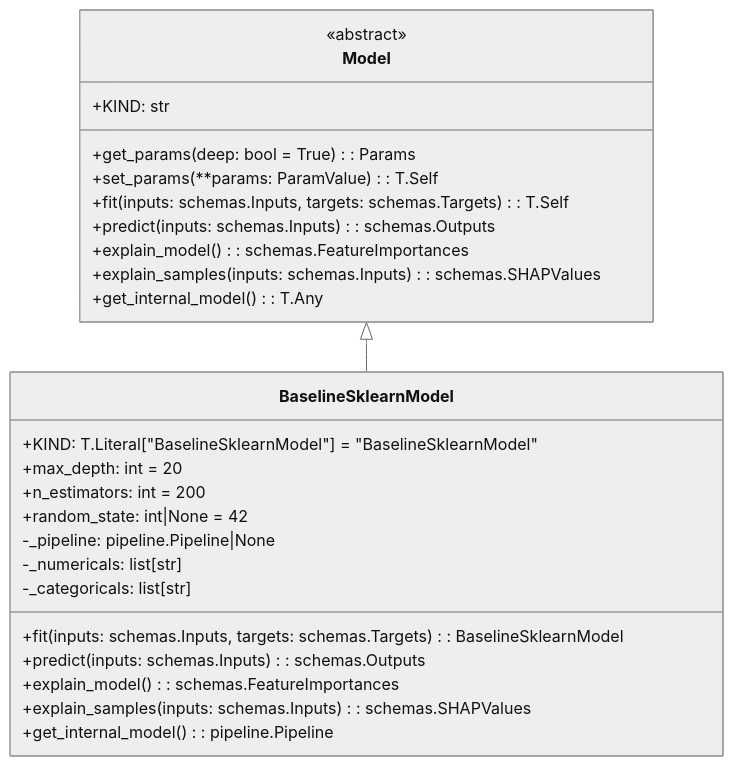
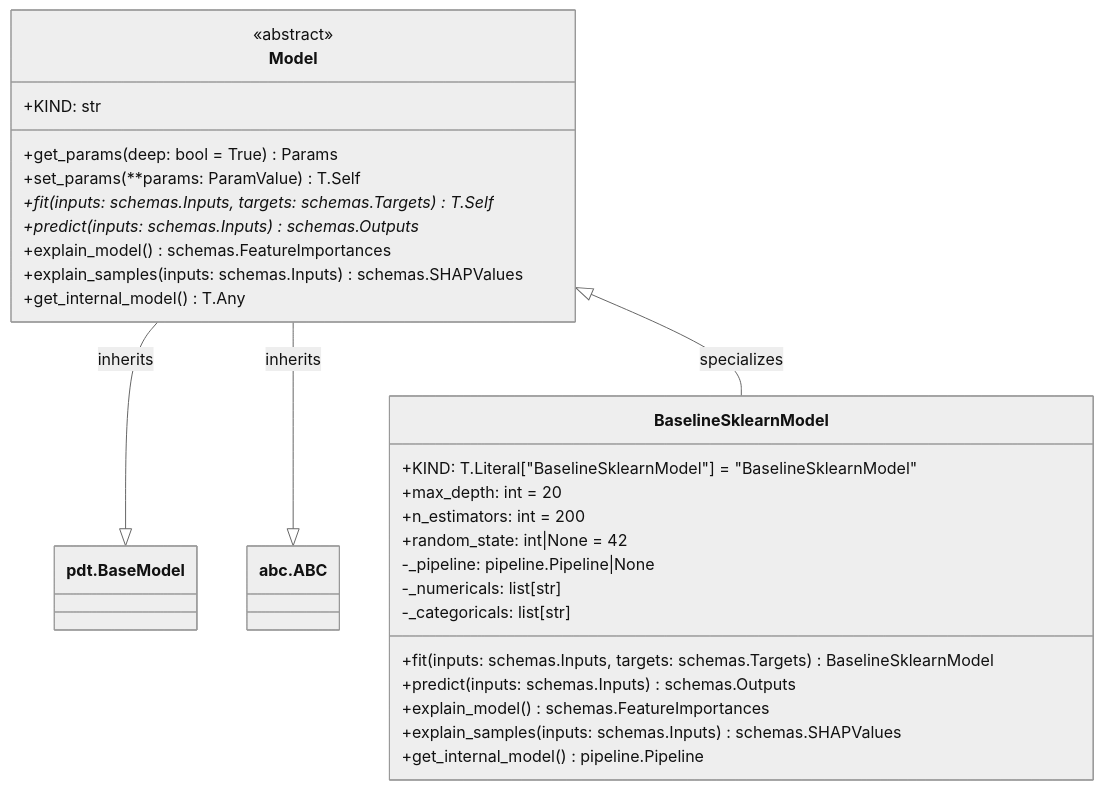
The diagram in Documents/Models_stories.md (lgcorzo/mlops-python-package), drawn with Mermaid (neutral theme) before and after one commit. The commit also changed 21 other files, not shown here.

````diff
--- a/Documents/Models_stories.md
+++ b/Documents/Models_stories.md
@@ -14,35 +14,34 @@
 ```mermaid
 classDiagram
     %% Abstract Base Class
     class Model {
         <<abstract>>
         +KIND: str
-        +get_params(deep: bool = True): Params
-        +set_params(**params: ParamValue): T.Self
-        +fit(inputs: schemas.Inputs, targets: schemas.Targets): T.Self
-        +predict(inputs: schemas.Inputs): schemas.Outputs
-        +explain_model(): schemas.FeatureImportances
-        +explain_samples(inputs: schemas.Inputs): schemas.SHAPValues
-        +get_internal_model(): T.Any
+        +get_params(deep: bool = True) Params
+        +set_params(**params: ParamValue) T.Self
+        +fit(inputs: schemas.Inputs, targets: schemas.Targets) T.Self*
+        +predict(inputs: schemas.Inputs) schemas.Outputs*
+        +explain_model() schemas.FeatureImportances
+        +explain_samples(inputs: schemas.Inputs) schemas.SHAPValues
+        +get_internal_model() T.Any
     }
+    Model --|> pdt.BaseModel : inherits
+    Model --|> abc.ABC : inherits
 
     %% Derived Class
     class BaselineSklearnModel {
         +KIND: T.Literal["BaselineSklearnModel"] = "BaselineSklearnModel"
         +max_depth: int = 20
         +n_estimators: int = 200
         +random_state: int|None = 42
         -_pipeline: pipeline.Pipeline|None
         -_numericals: list[str]
         -_categoricals: list[str]
-        +fit(inputs: schemas.Inputs, targets: schemas.Targets): BaselineSklearnModel
-        +predict(inputs: schemas.Inputs): schemas.Outputs
-        +explain_model(): schemas.FeatureImportances
-        +explain_samples(inputs: schemas.Inputs): schemas.SHAPValues
-        +get_internal_model(): pipeline.Pipeline
+        +fit(inputs: schemas.Inputs, targets: schemas.Targets) BaselineSklearnModel
+        +predict(inputs: schemas.Inputs) schemas.Outputs
+        +explain_model() schemas.FeatureImportances
+        +explain_samples(inputs: schemas.Inputs) schemas.SHAPValues
+        +get_internal_model() pipeline.Pipeline
     }
-
-    %% Relationships
-    Model <|-- BaselineSklearnModel
-
+    Model <|-- BaselineSklearnModel : specializes
 ```
````
